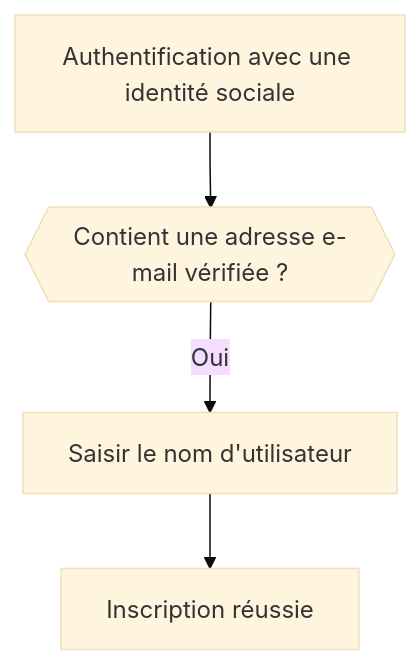
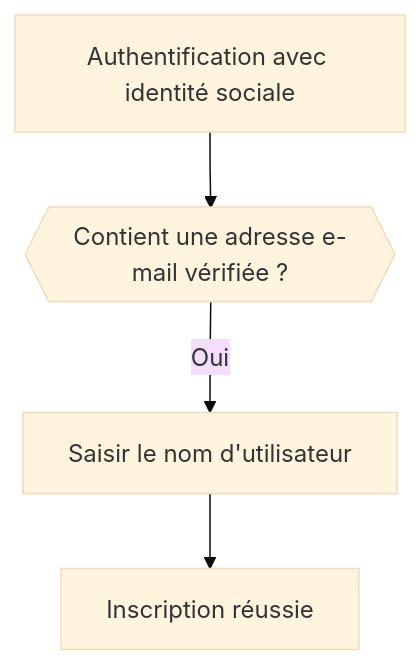
Before and after one commit to logto-io/docs: the third of 6 diagrams in i18n/fr/docusaurus-plugin-content-docs/current/end-user-flows/sign-up-and-sign-in/social-sign-in.mdx, drawn with Mermaid (base theme). The commit also changed other lines of this file and 666 other files, not shown here.

````diff
--- a/i18n/fr/docusaurus-plugin-content-docs/current/end-user-flows/sign-up-and-sign-in/social-sign-in.mdx
+++ b/i18n/fr/docusaurus-plugin-content-docs/current/end-user-flows/sign-up-and-sign-in/social-sign-in.mdx
@@ -112,6 +112,6 @@
    ```mermaid
    flowchart TD
-      A[Authentification avec une identité sociale] --> B{{Contient une adresse e-mail vérifiée ?}}
+      A[Authentification avec identité sociale] --> B{{Contient une adresse e-mail vérifiée ?}}
       B -- Oui --> C[Saisir le nom d'utilisateur]
       C --> D[Inscription réussie]
    ```
````
